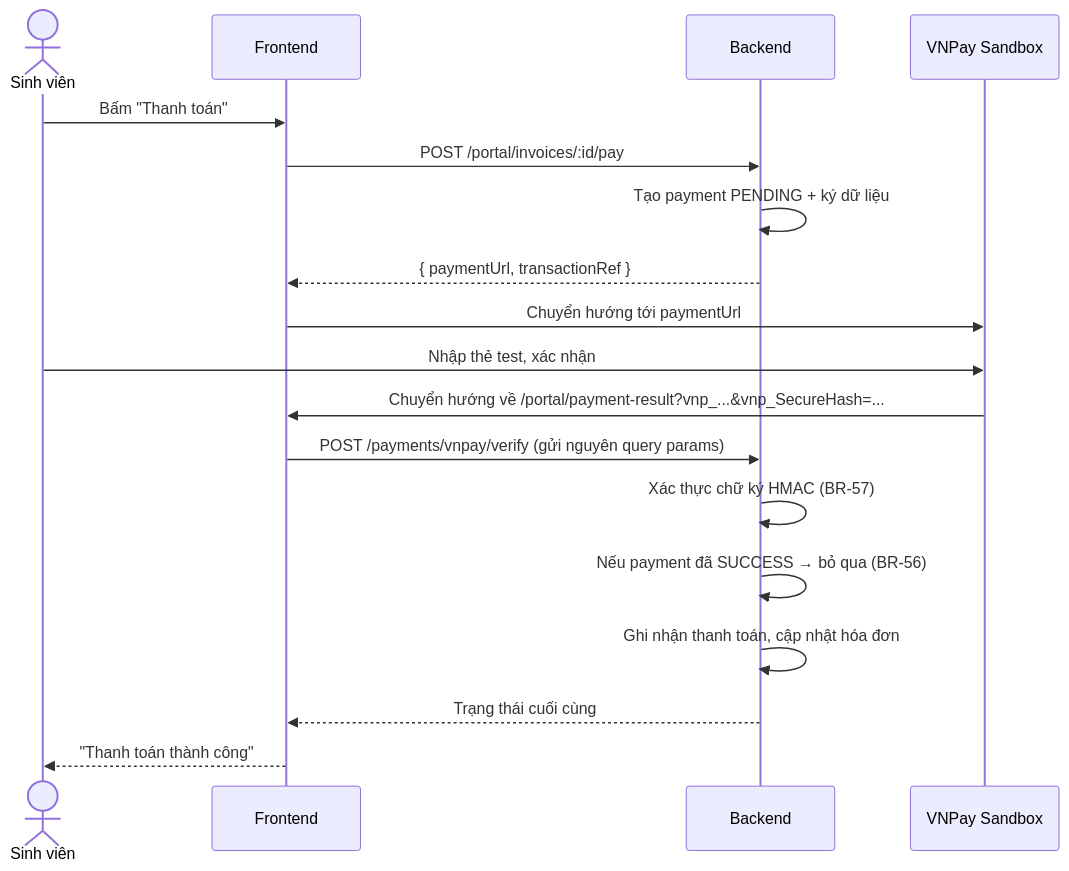
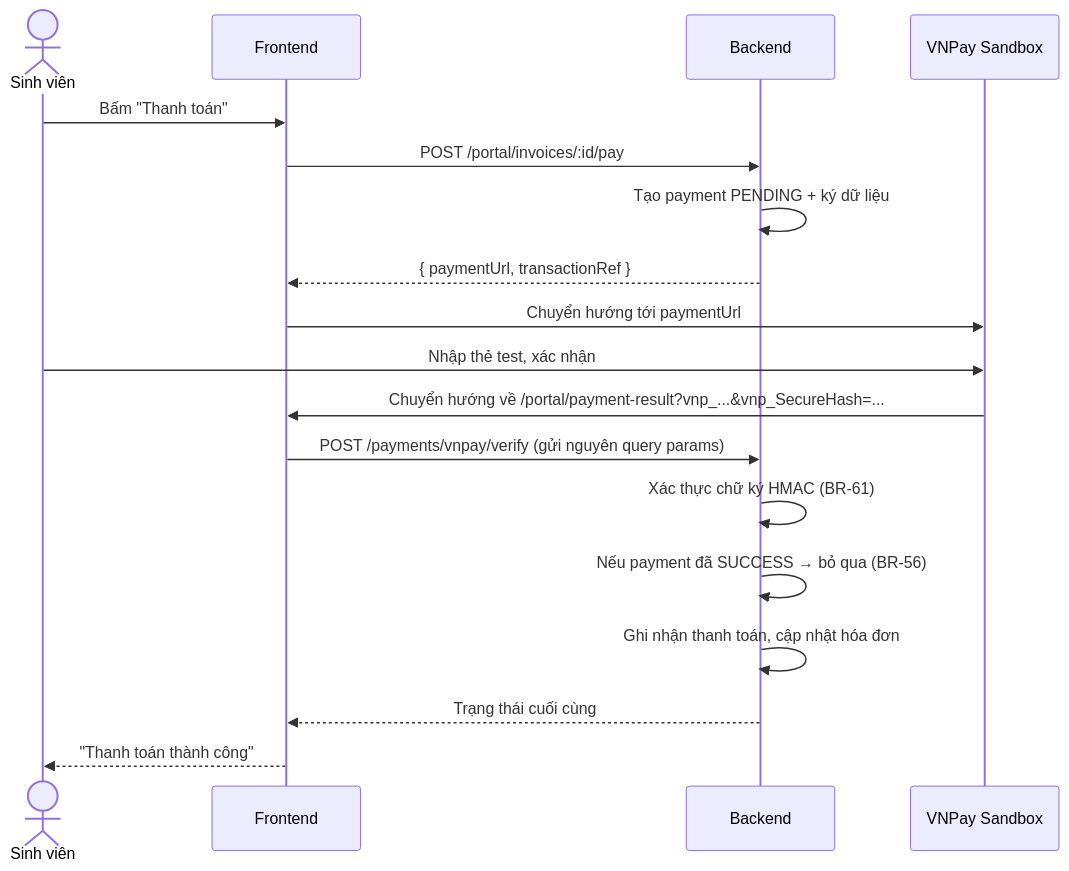
Before and after one commit to NguyenMinh205/FE_QuanLyKTX: the diagram in docs/14-PHIEN-BAN-DON-GIAN-HOA.md, drawn with Mermaid. The commit also changed other lines of this file and 45 other files, not shown here.

````diff
--- a/docs/14-PHIEN-BAN-DON-GIAN-HOA.md
+++ b/docs/14-PHIEN-BAN-DON-GIAN-HOA.md
@@ -641,21 +672,21 @@
 ```mermaid
 sequenceDiagram
     actor SV as Sinh viên
     participant FE as Frontend
     participant API as Backend
     participant VNP as VNPay Sandbox
 
     SV->>FE: Bấm "Thanh toán"
     FE->>API: POST /portal/invoices/:id/pay
     API->>API: Tạo payment PENDING + ký dữ liệu
     API-->>FE: { paymentUrl, transactionRef }
     FE->>VNP: Chuyển hướng tới paymentUrl
     SV->>VNP: Nhập thẻ test, xác nhận
     VNP->>FE: Chuyển hướng về /portal/payment-result?vnp_...&vnp_SecureHash=...
     FE->>API: POST /payments/vnpay/verify (gửi nguyên query params)
-    API->>API: Xác thực chữ ký HMAC (BR-57)
+    API->>API: Xác thực chữ ký HMAC (BR-61)
     API->>API: Nếu payment đã SUCCESS → bỏ qua (BR-56)
     API->>API: Ghi nhận thanh toán, cập nhật hóa đơn
     API-->>FE: Trạng thái cuối cùng
     FE-->>SV: "Thanh toán thành công"
 ```
````
